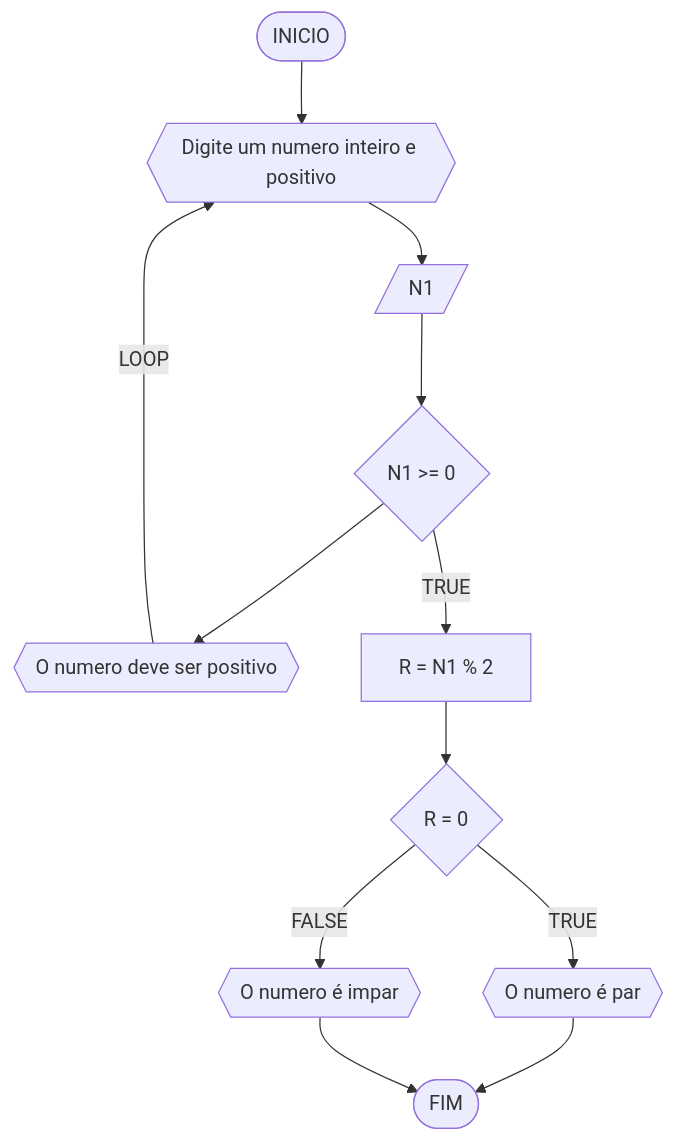
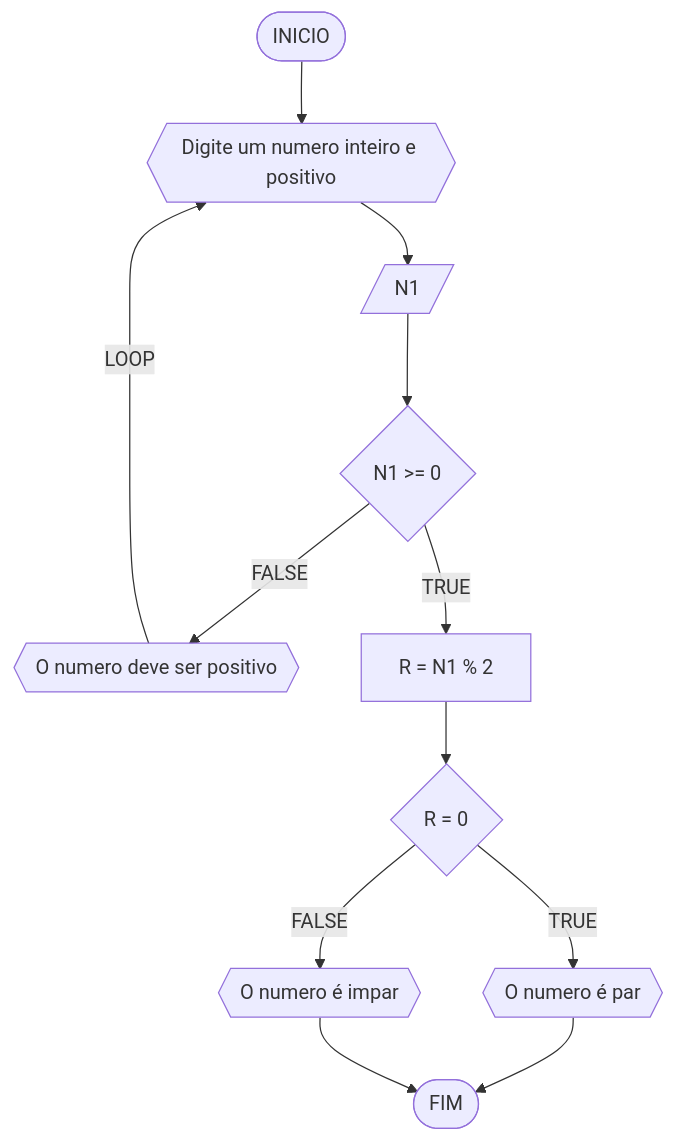
One commit to araripe0805/unifor changed the third of 5 diagrams in RLA/unidade1/Lista3.md. Above: the diagram before and after it, drawn with Mermaid.

````diff
--- a/RLA/unidade1/Lista3.md
+++ b/RLA/unidade1/Lista3.md
@@ -102,15 +102,15 @@
 ```mermaid
 flowchart TD
 A([INICIO]) --> B{{Digite um numero inteiro e positivo}}
 B --> C[/N1/]
 C --> D{N1 >= 0}
-D --> E{{O numero deve ser positivo}}
+D --FALSE--> E{{O numero deve ser positivo}}
 E --LOOP--> B
 D --TRUE--> F[R = N1 % 2]
 F --> G{R = 0}
 G --TRUE--> H{{O numero é par}}
 G --FALSE--> I{{O numero é impar}}
 H --> J([FIM])
 I --> J
 
 ```
````
